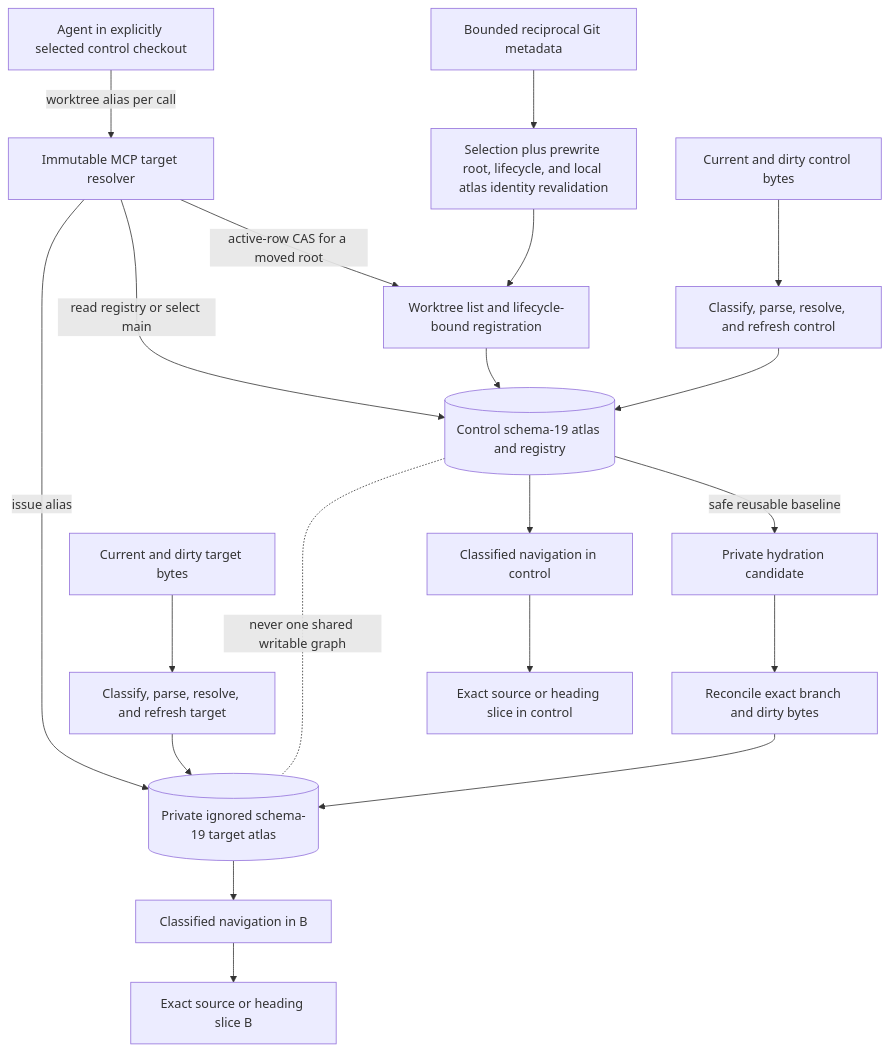
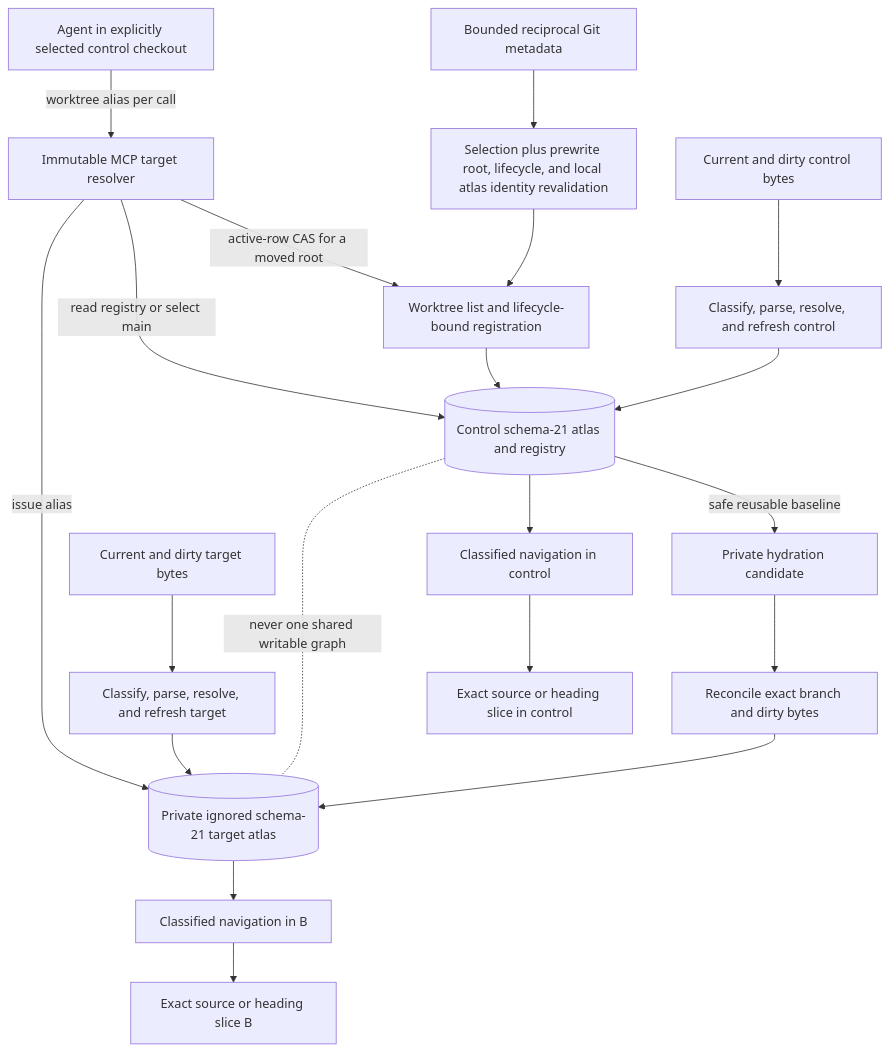
Before and after one commit to styler-ai/ProjectAtlas: diagram 28 of 37 in docs/projectatlas-3-architecture.md, drawn with Mermaid. The commit also changed other lines of this file and 16 other files, not shown here.

Commit message:
fix(graph): admit invalid source identities during publication (#476)

````diff
--- a/docs/projectatlas-3-architecture.md
+++ b/docs/projectatlas-3-architecture.md
@@ -1893,22 +1893,22 @@
 ```mermaid
 flowchart TB
     Agent[Agent in explicitly selected control checkout] -->|worktree alias per call| Resolver[Immutable MCP target resolver]
     Git[Bounded reciprocal Git metadata] --> Revalidate[Selection plus prewrite root, lifecycle, and local atlas identity revalidation]
     Revalidate --> Registry[Worktree list and lifecycle-bound registration]
     Resolver -->|active-row CAS for a moved root| Registry
     Registry --> Control
-    Resolver -->|read registry or select main| Control[(Control schema-19 atlas and registry)]
-    Resolver -->|issue alias| DbB[(Private ignored schema-19 target atlas)]
+    Resolver -->|read registry or select main| Control[(Control schema-21 atlas and registry)]
+    Resolver -->|issue alias| DbB[(Private ignored schema-21 target atlas)]
     Control -->|safe reusable baseline| Candidate[Private hydration candidate]
     Candidate --> Reconcile[Reconcile exact branch and dirty bytes]
     Reconcile --> DbB
     SavedA[Current and dirty control bytes] --> BuildA[Classify, parse, resolve, and refresh control]
     BuildA --> Control
     SavedB[Current and dirty target bytes] --> BuildB[Classify, parse, resolve, and refresh target]
     BuildB --> DbB
     Control --> NavigateA[Classified navigation in control]
     DbB --> NavigateB[Classified navigation in B]
     NavigateA --> SliceA[Exact source or heading slice in control]
     NavigateB --> SliceB[Exact source or heading slice B]
     Control -. never one shared writable graph .- DbB
 ```
````
